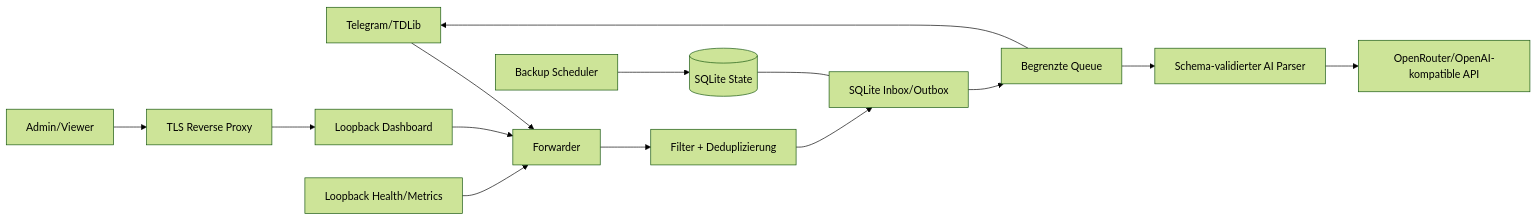
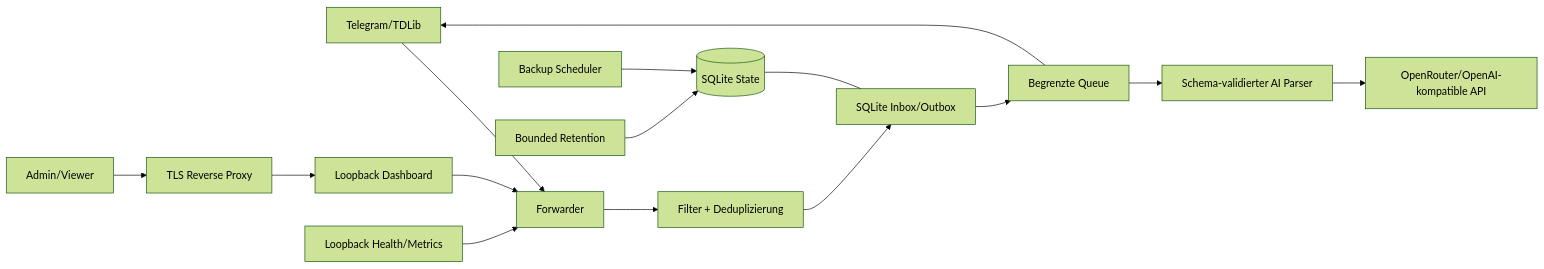
The diagram in docs/ARCHITECTURE.md (888nikush888/tsx-core), drawn with Mermaid (forest theme) before and after one commit. The commit also changed other lines of this file and 13 other files, not shown here.

````diff
--- a/docs/ARCHITECTURE.md
+++ b/docs/ARCHITECTURE.md
@@ -5,16 +5,17 @@
 ```mermaid
 flowchart LR
   TG["Telegram/TDLib"] --> F["Forwarder"]
   F --> FL["Filter + Deduplizierung"]
   FL --> O["SQLite Inbox/Outbox"]
   O --> Q["Begrenzte Queue"]
   Q --> AI["Schema-validierter AI Parser"]
   AI --> OP["OpenRouter/OpenAI-kompatible API"]
   Q --> TG
   DB[("SQLite State")] --- O
   B["Backup Scheduler"] --> DB
+  R["Bounded Retention"] --> DB
   W["Loopback Dashboard"] --> F
   M["Loopback Health/Metrics"] --> F
   RP["TLS Reverse Proxy"] --> W
   Admin["Admin/Viewer"] --> RP
 ```
````
